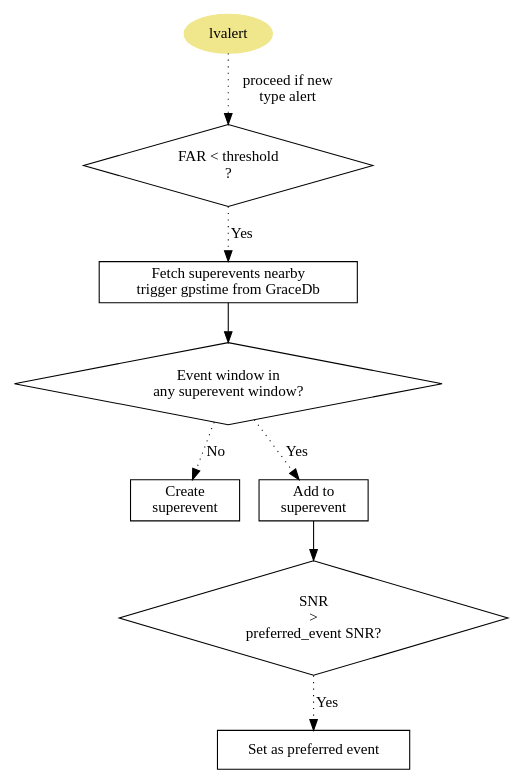
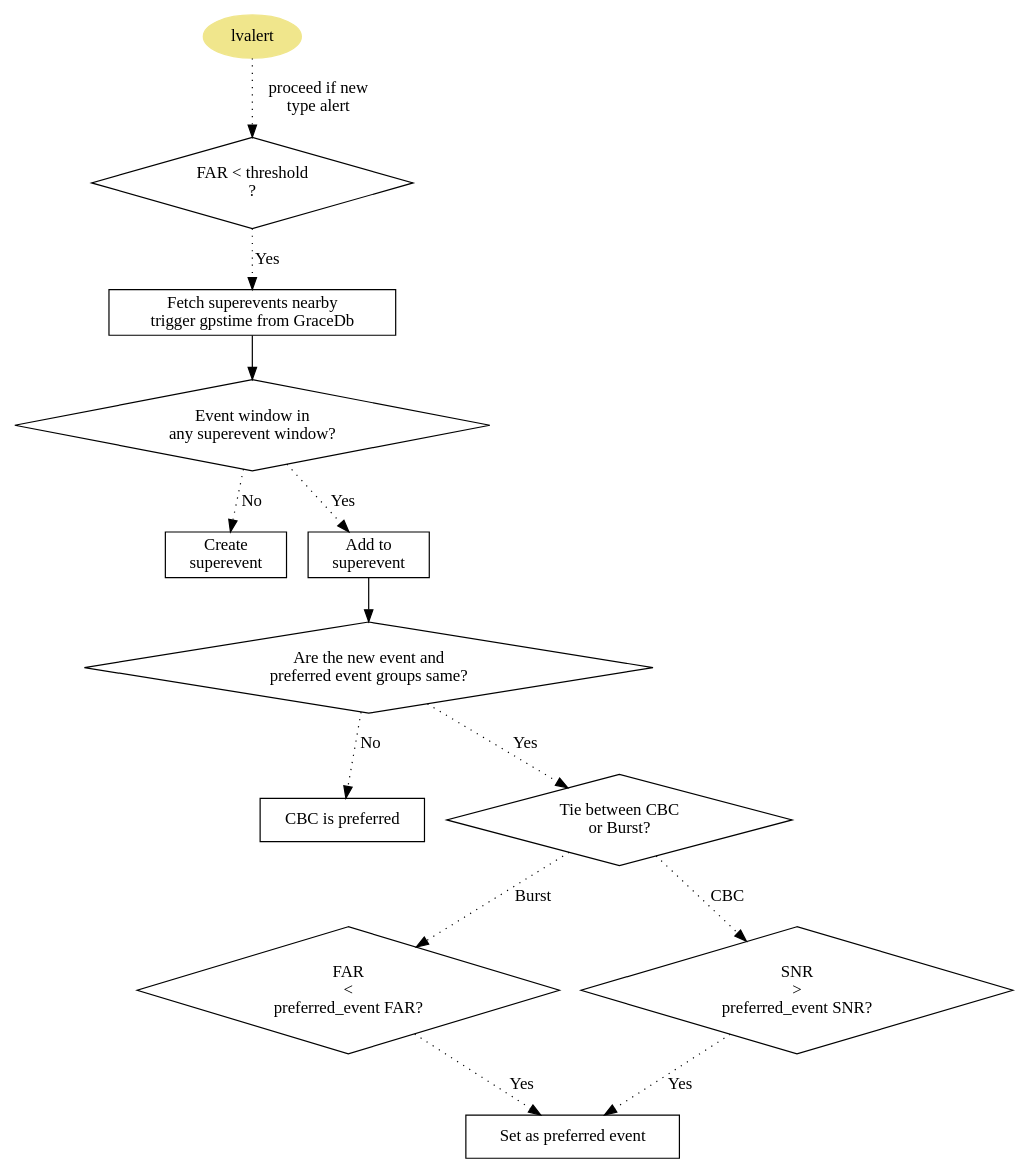
The diagram in doc/gwcelery.tasks.superevents.rst (lpsinger/gwcelery), drawn with Graphviz before and after one commit.

Commit message:
Changed flowchart in superevents documentation
Preferred event selection criteria is different for CBC and Burst
events. Changes to the flowchart is made to reflect this.

```diff
--- a/doc/gwcelery.tasks.superevents.rst
+++ b/doc/gwcelery.tasks.superevents.rst
@@ -13,32 +13,46 @@
 .. digraph:: superevent_manager
 
-    size ="8,8";
+    size ="12,12";
     // define the nodes
     lvalert [shape=ellipse, style=filled, color=khaki];
     far_check [shape=box, orientation=45,
                label="FAR < threshold\n ?"]
     fetch_superevents [shape=box,
                        label="Fetch superevents nearby \n trigger gpstime from GraceDb"];
     associated_superevent [shape=box, orientation=45,
                            label="Event window in \n any superevent window?"];
     create_superevent [shape=box,
                        label="Create \n superevent"]
     add_to_superevent [shape=box,
                        label="Add to \n superevent"]
-    snr_check [shape=box, orientation=45,
-               label="SNR \n > \n preferred_event SNR?"]
+    group_tie [shape=box,
+               label="Are the new event and \n preferred event groups same?",
+               orientation=45]
+    cbc_preferred [shape=box,
+                   label="CBC is preferred"]
+    cbc_burst [shape=box,
+               label="Tie between CBC \n or Burst?", orientation=45]
+    far_tie_breaker [shape=box, orientation=45,
+                     label="FAR \n < \n preferred_event FAR?"]
+    snr_tie_breaker [shape=box, orientation=45,
+                     label="SNR \n > \n preferred_event SNR?"]
     set_preferred [shape=box,
                    label="Set as preferred event"]
 
     // draw the connections
     lvalert -> far_check [label="proceed if new \n type alert",
                           style=dotted];
     far_check -> fetch_superevents [style=dotted,
                                     label="Yes"];
     fetch_superevents -> associated_superevent;
     associated_superevent -> create_superevent [label="No",
                                                 style=dotted];
     associated_superevent -> add_to_superevent [label="Yes",
                                                 style=dotted];
-    add_to_superevent -> snr_check;
-    snr_check -> set_preferred [label="Yes", style=dotted];
+    add_to_superevent -> group_tie;
+    group_tie -> cbc_preferred [label="No", style=dotted];
+    group_tie -> cbc_burst [label="Yes", style=dotted];
+    cbc_burst -> snr_tie_breaker[label="CBC", style=dotted];
+    cbc_burst -> far_tie_breaker[label="Burst", style=dotted];
+    far_tie_breaker -> set_preferred [label="Yes", style=dotted];
+    snr_tie_breaker -> set_preferred [label="Yes", style=dotted];
```
